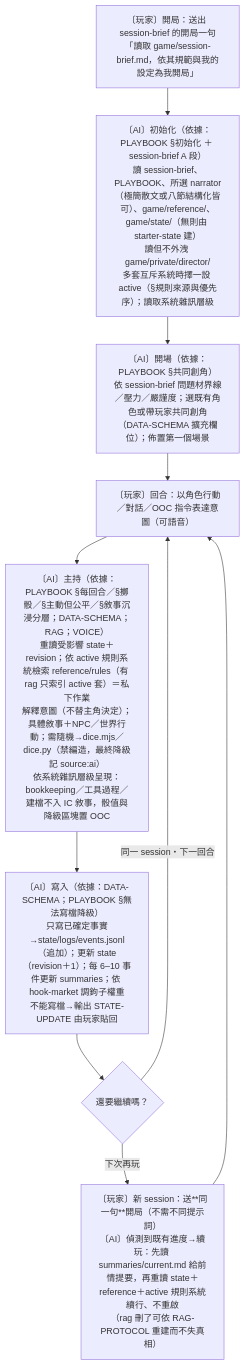
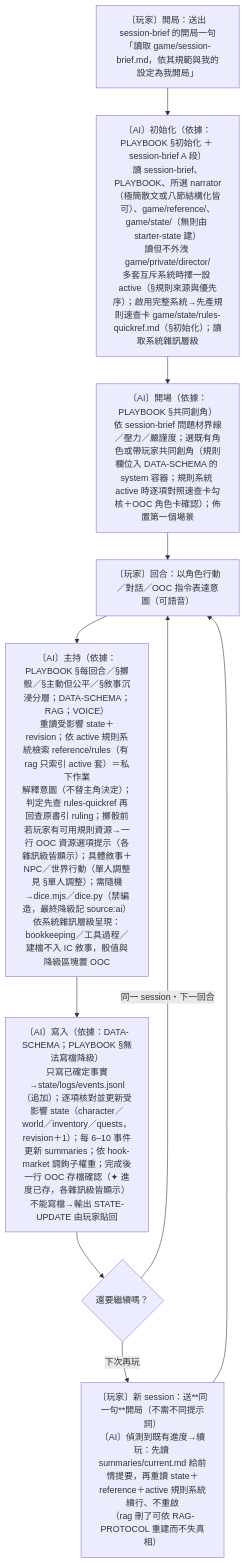
Before and after one commit to AstraKismet/worldthread-core: the second of 2 diagrams in PROJECT-DESIGN.md, drawn with Mermaid. The commit also changed other lines of this file and 1 other file, not shown here.

````diff
--- a/PROJECT-DESIGN.md
+++ b/PROJECT-DESIGN.md
@@ -121,12 +127,12 @@
 ```mermaid
 flowchart TD
   P0["〔玩家〕開局：送出 session-brief 的開局一句<br/>「讀取 game/session-brief.md，依其規範與我的設定為我開局」"] --> I1
-  I1["〔AI〕初始化（依據：PLAYBOOK §初始化 ＋ session-brief A 段）<br/>讀 session-brief、PLAYBOOK、所選 narrator（極簡散文或八節結構化皆可）、game/reference/、game/state/（無則由 starter-state 建）<br/>讀但不外洩 game/private/director/<br/>多套互斥系統時擇一設 active（§規則來源與優先序）；讀取系統雜訊層級"] --> I2
-  I2["〔AI〕開場（依據：PLAYBOOK §共同創角）<br/>依 session-brief 問題材界線／壓力／嚴謹度；選既有角色或帶玩家共同創角（DATA-SCHEMA 擴充欄位）；佈置第一個場景"] --> T0
+  I1["〔AI〕初始化（依據：PLAYBOOK §初始化 ＋ session-brief A 段）<br/>讀 session-brief、PLAYBOOK、所選 narrator（極簡散文或八節結構化皆可）、game/reference/、game/state/（無則由 starter-state 建）<br/>讀但不外洩 game/private/director/<br/>多套互斥系統時擇一設 active（§規則來源與優先序）；啟用完整系統→先產規則速查卡 game/state/rules-quickref.md（§初始化）；讀取系統雜訊層級"] --> I2
+  I2["〔AI〕開場（依據：PLAYBOOK §共同創角）<br/>依 session-brief 問題材界線／壓力／嚴謹度；選既有角色或帶玩家共同創角（規則欄位入 DATA-SCHEMA 的 system 容器；規則系統 active 時逐項對照速查卡勾核＋OOC 角色卡確認）；佈置第一個場景"] --> T0
   T0["〔玩家〕回合：以角色行動／對話／OOC 指令表達意圖（可語音）"] --> T1
-  T1["〔AI〕主持（依據：PLAYBOOK §每回合／§擲骰／§主動但公平／§敘事沉浸分層；DATA-SCHEMA；RAG；VOICE）<br/>重讀受影響 state＋revision；依 active 規則系統檢索 reference/rules（有 rag 只索引 active 套）＝私下作業<br/>解釋意圖（不替主角決定）；具體敘事＋NPC／世界行動；需隨機→dice.mjs／dice.py（禁編造，最終降級記 source:ai）<br/>依系統雜訊層級呈現：bookkeeping／工具過程／建檔不入 IC 敘事，骰值與降級區塊置 OOC"] --> T2
-  T2["〔AI〕寫入（依據：DATA-SCHEMA；PLAYBOOK §無法寫檔降級）<br/>只寫已確定事實→state/logs/events.jsonl（追加）；更新 state（revision＋1）；每 6–10 事件更新 summaries；依 hook-market 調鉤子權重<br/>不能寫檔→輸出 STATE-UPDATE 由玩家貼回"] --> T3{"還要繼續嗎？"}
+  T1["〔AI〕主持（依據：PLAYBOOK §每回合／§擲骰／§主動但公平／§敘事沉浸分層；DATA-SCHEMA；RAG；VOICE）<br/>重讀受影響 state＋revision；依 active 規則系統檢索 reference/rules（有 rag 只索引 active 套）＝私下作業<br/>解釋意圖（不替主角決定）；判定先查 rules-quickref 再回查原書引 ruling；擲骰前若玩家有可用規則資源→一行 OOC 資源選項提示（各雜訊級皆顯示）；具體敘事＋NPC／世界行動（單人調整見 §單人調整）；需隨機→dice.mjs／dice.py（禁編造，最終降級記 source:ai）<br/>依系統雜訊層級呈現：bookkeeping／工具過程／建檔不入 IC 敘事，骰值與降級區塊置 OOC"] --> T2
+  T2["〔AI〕寫入（依據：DATA-SCHEMA；PLAYBOOK §無法寫檔降級）<br/>只寫已確定事實→state/logs/events.jsonl（追加）；逐項核對並更新受影響 state（character／world／inventory／quests，revision＋1）；每 6–10 事件更新 summaries；依 hook-market 調鉤子權重；完成後一行 OOC 存檔確認（✦ 進度已存，各雜訊級皆顯示）<br/>不能寫檔→輸出 STATE-UPDATE 由玩家貼回"] --> T3{"還要繼續嗎？"}
   T3 -->|同一 session・下一回合| T0
   T3 -->|下次再玩| R0
   R0["〔玩家〕新 session：送**同一句**開局（不需不同提示詞）<br/>〔AI〕偵測到既有進度→續玩：先讀 summaries/current.md 給前情提要，再重讀 state＋reference＋active 規則系統續行、不重啟<br/>（rag 刪了可依 RAG-PROTOCOL 重建而不失真相）"] --> T0
 ```
````
